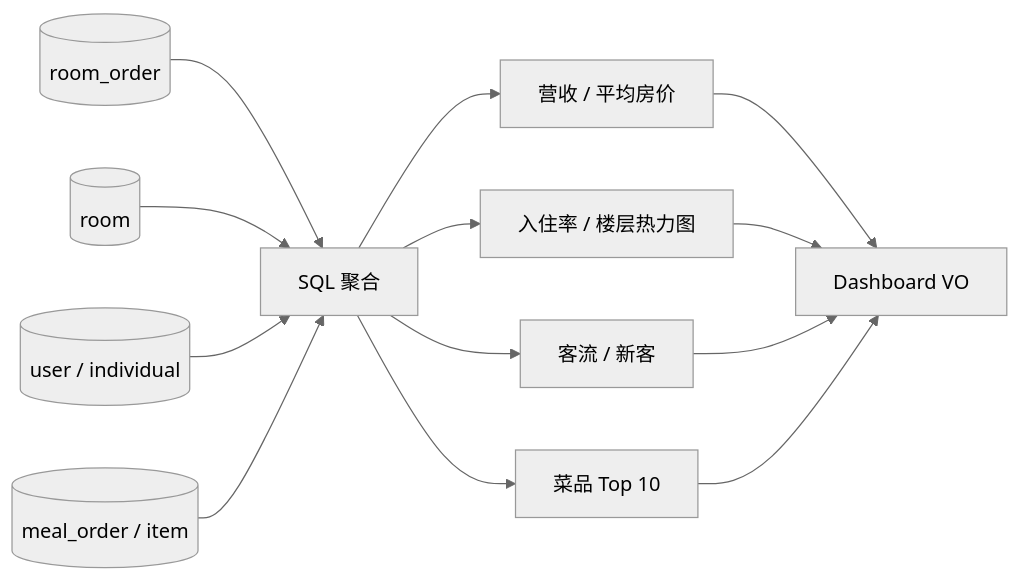
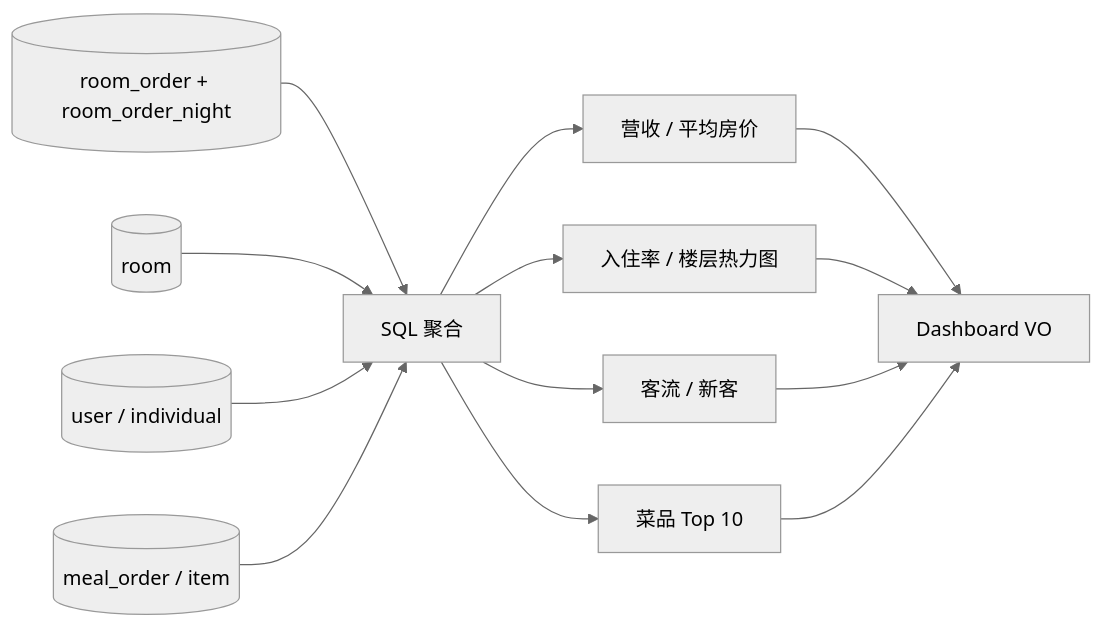
Before and after one commit to Attacker687/HotelSystemBackend: the eighth of 8 diagrams in docs/architecture.md, drawn with Mermaid (neutral theme). The commit also changed other lines of this file and 35 other files, not shown here.

````diff
--- a/docs/architecture.md
+++ b/docs/architecture.md
@@ -298,17 +298,17 @@
 ```mermaid
 flowchart LR
-    RoomOrder[("room_order")] --> Aggregate["SQL 聚合"]
+    RoomOrder[("room_order + room_order_night")] --> Aggregate["SQL 聚合"]
     Room[("room")] --> Aggregate
     User[("user / individual")] --> Aggregate
     Meal[("meal_order / item")] --> Aggregate
 
     Aggregate --> Stats["营收 / 平均房价"]
     Aggregate --> Occupancy["入住率 / 楼层热力图"]
     Aggregate --> Customer["客流 / 新客"]
     Aggregate --> Ranking["菜品 Top 10"]
 
     Stats --> VO["Dashboard VO"]
     Occupancy --> VO
     Customer --> VO
     Ranking --> VO
 ```
````
